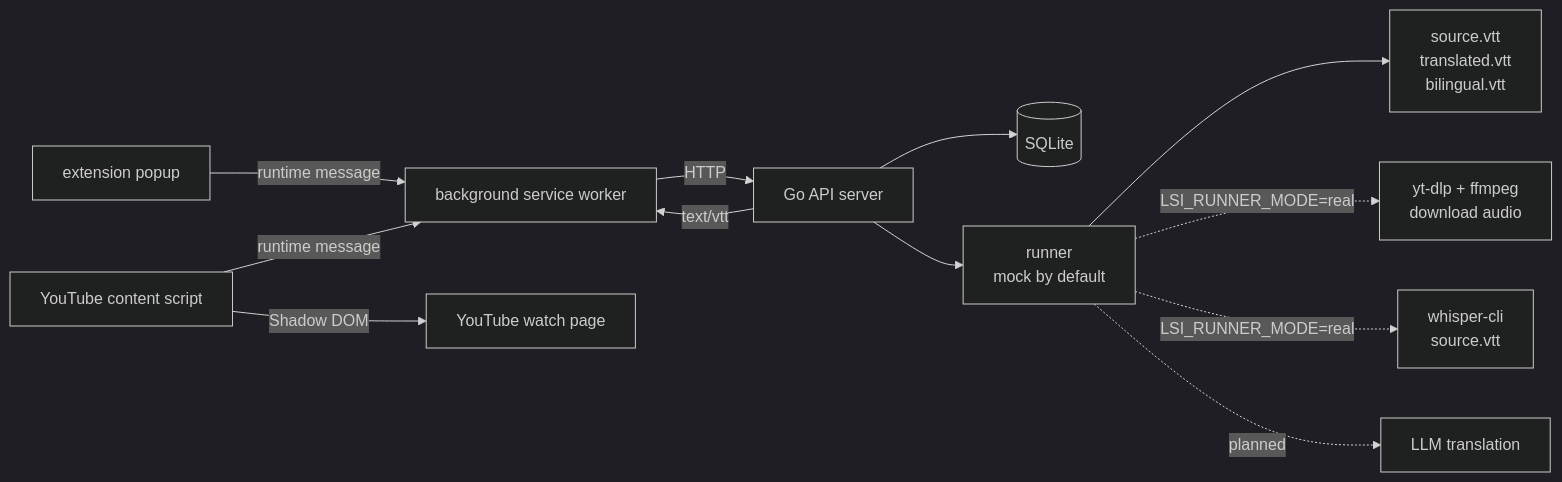
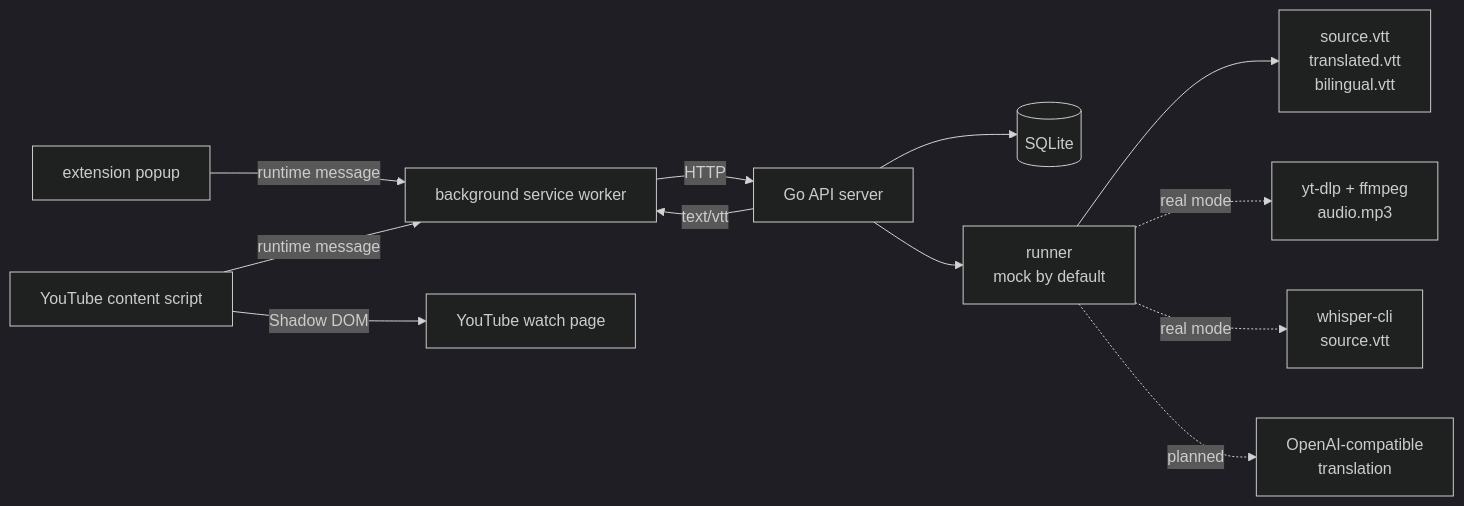
One commit to Insulinocytus/lets-sub-it changed the diagram in README.md. Above: the diagram before and after it, drawn with Mermaid (dark theme). The commit also changed other lines of this file and 1 other file, not shown here.

````diff
--- a/README.md
+++ b/README.md
@@ -137,15 +155,15 @@
 ```mermaid
 flowchart LR
   Popup["extension popup"] -->|"runtime message"| Background["background service worker"]
   Content["YouTube content script"] -->|"runtime message"| Background
   Background -->|"HTTP"| API["Go API server"]
   API --> Store[("SQLite")]
   API --> Runner["runner<br/>mock by default"]
   Runner --> Files["source.vtt<br/>translated.vtt<br/>bilingual.vtt"]
   API -->|"text/vtt"| Background
   Content -->|"Shadow DOM"| YouTube["YouTube watch page"]
 
-  Runner -. "LSI_RUNNER_MODE=real" .-> Ytdlp["yt-dlp + ffmpeg<br/>download audio"]
-  Runner -. "LSI_RUNNER_MODE=real" .-> Whisper["whisper-cli<br/>source.vtt"]
-  Runner -. "planned" .-> Pipeline["LLM translation"]
+  Runner -. "real mode" .-> Ytdlp["yt-dlp + ffmpeg<br/>audio.mp3"]
+  Runner -. "real mode" .-> Whisper["whisper-cli<br/>source.vtt"]
+  Runner -. "planned" .-> LLM["OpenAI-compatible<br/>translation"]
 ```
````
